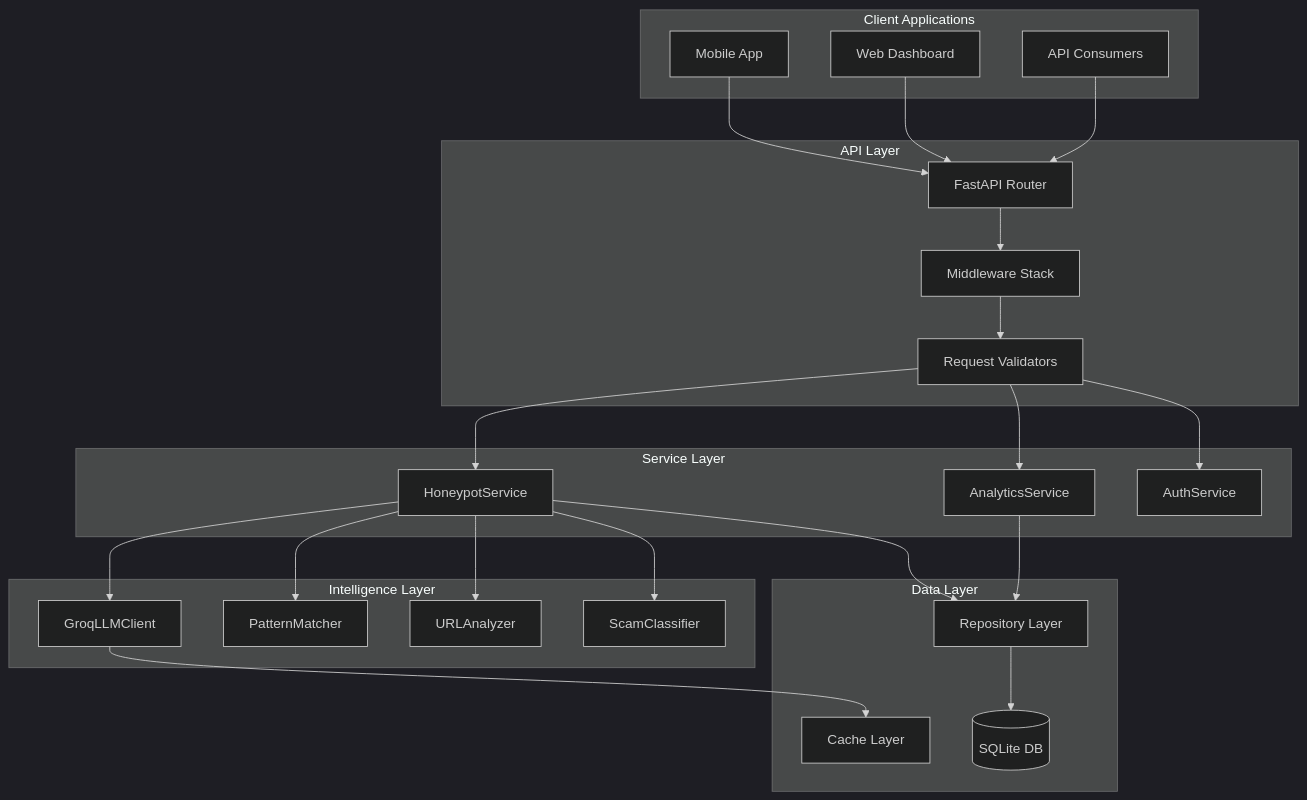
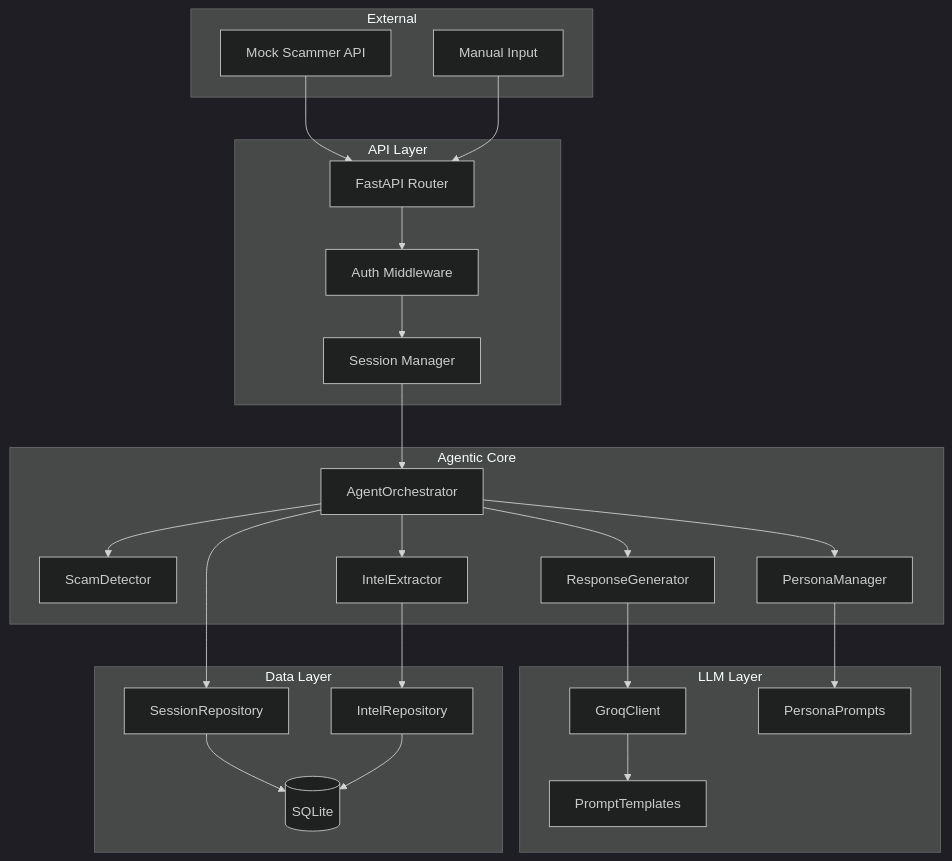
The second of 4 diagrams in docs/ARCHITECTURE.md (Prakhar2025/Agentic-Honey-Pot), drawn with Mermaid (dark theme) before and after one commit. The commit also changed other lines of this file and 4 other files, not shown here.

````diff
--- a/docs/ARCHITECTURE.md
+++ b/docs/ARCHITECTURE.md
@@ -87,50 +143,50 @@
 ```mermaid
 graph TB
-    subgraph "Client Applications"
-        A[Mobile App]
-        B[Web Dashboard]
-        C[API Consumers]
+    subgraph "External"
+        A[Mock Scammer API]
+        B[Manual Input]
     end
 
     subgraph "API Layer"
-        D[FastAPI Router]
-        E[Middleware Stack]
-        F[Request Validators]
+        C[FastAPI Router]
+        D[Session Manager]
+        E[Auth Middleware]
     end
 
-    subgraph "Service Layer"
-        G[HoneypotService]
-        H[AnalyticsService]
-        I[AuthService]
+    subgraph "Agentic Core"
+        F[AgentOrchestrator]
+        G[ScamDetector]
+        H[PersonaManager]
+        I[ResponseGenerator]
+        J[IntelExtractor]
     end
 
-    subgraph "Intelligence Layer"
-        J[GroqLLMClient]
-        K[PatternMatcher]
-        L[URLAnalyzer]
-        M[ScamClassifier]
+    subgraph "LLM Layer"
+        K[GroqClient]
+        L[PromptTemplates]
+        M[PersonaPrompts]
     end
 
     subgraph "Data Layer"
-        N[(SQLite DB)]
-        O[Repository Layer]
-        P[Cache Layer]
+        N[(SQLite)]
+        O[SessionRepository]
+        P[IntelRepository]
     end
 
-    A --> D
-    B --> D
-    C --> D
-    D --> E
-    E --> F
+    A --> C
+    B --> C
+    C --> E
+    E --> D
+    D --> F
     F --> G
     F --> H
     F --> I
-    G --> J
-    G --> K
-    G --> L
-    G --> M
-    G --> O
-    H --> O
+    F --> J
+    I --> K
+    K --> L
+    H --> M
+    F --> O
+    J --> P
     O --> N
-    J --> P
+    P --> N
 ```
````
